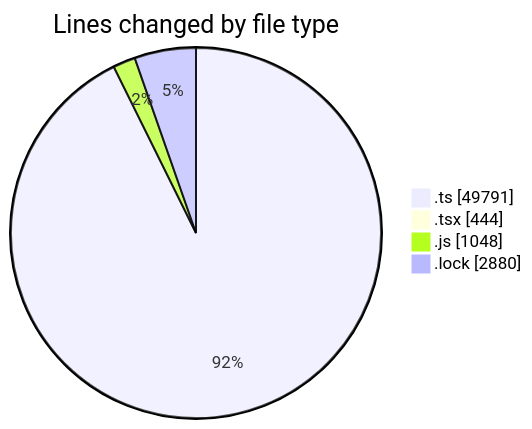
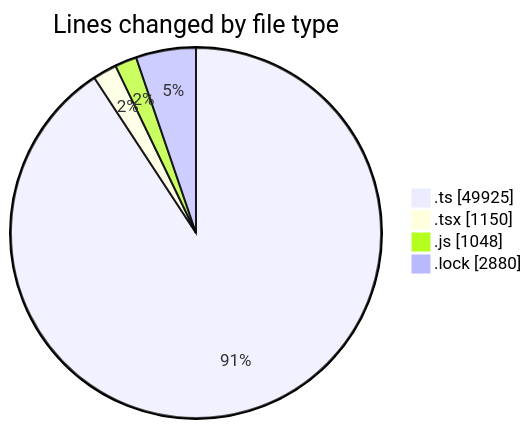
The first of 2 diagrams in 2026-09-11/cda/README.md (momahboobian/code-tracking), drawn with Mermaid before and after one commit. The commit also changed other lines of this file and 1 other file, not shown here.

````diff
--- a/2026-09-11/cda/README.md
+++ b/2026-09-11/cda/README.md
@@ -40,8 +47,8 @@
 ```mermaid
 pie showData
 title Lines changed by file type
-".ts" : 49791
-".tsx" : 444
+".ts" : 49925
+".tsx" : 1150
 ".js" : 1048
 ".lock" : 2880
 ```
````
